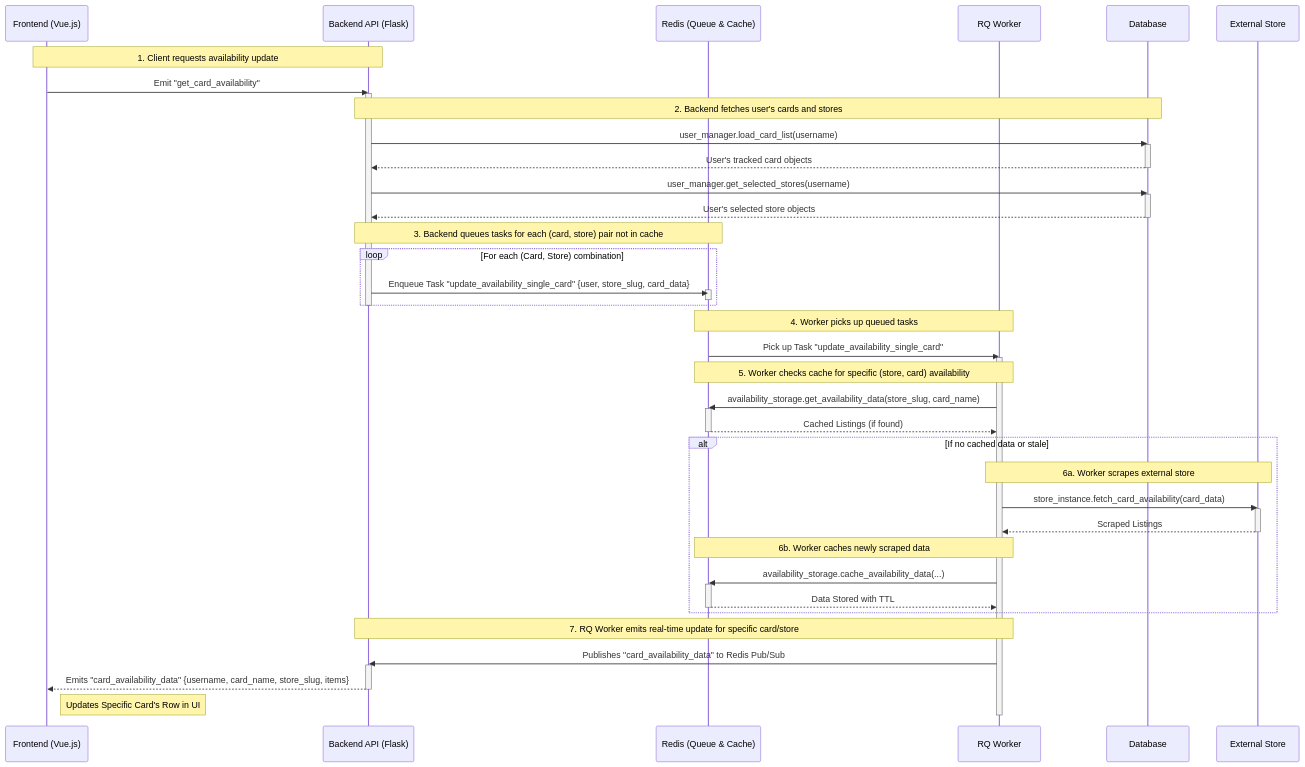
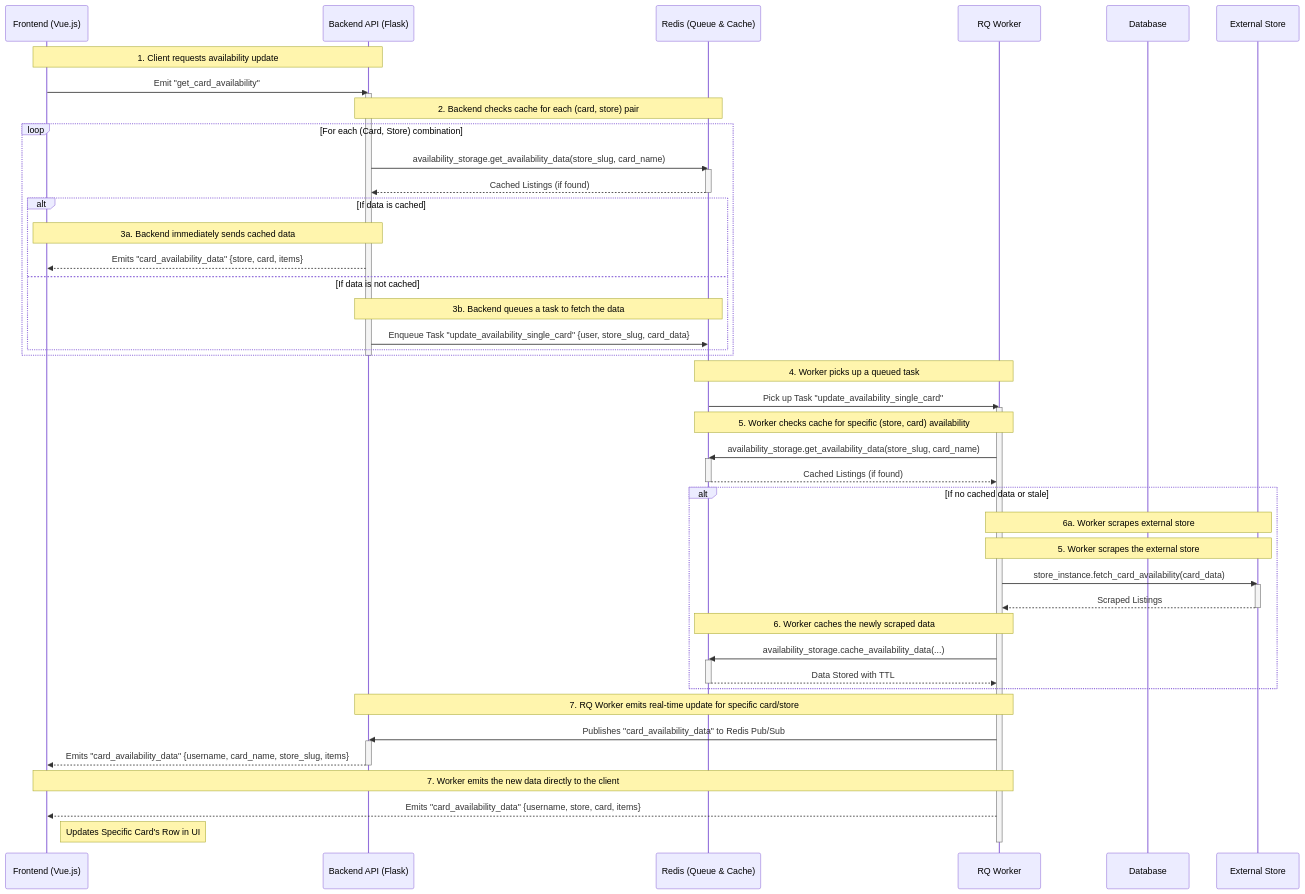
The fourth of 9 diagrams in docs/docs.md (smileyface/LGS-Stock-Checker), drawn with Mermaid before and after one commit. The commit also changed other lines of this file and 37 other files, not shown here.

First line of the commit message:
[Feature]: Architecture cleanup (#16)

````diff
--- a/docs/docs.md
+++ b/docs/docs.md
@@ -96,61 +131,66 @@
 ```mermaid
 sequenceDiagram
     participant Client as Frontend (Vue.js)
     participant Backend as Backend API (Flask)
     participant Redis as Redis (Queue & Cache)
     participant Worker as RQ Worker
     participant DB as Database
     participant ExternalStore as External Store
-
+    
     Note over Client, Backend: 1. Client requests availability update
     Client->>Backend: Emit "get_card_availability"
     activate Backend
-
-    Note over Backend, DB: 2. Backend fetches user's cards and stores
-    Backend->>DB: user_manager.load_card_list(username)
-    activate DB
-    DB-->>Backend: User's tracked card objects
-    deactivate DB
-    Backend->>DB: user_manager.get_selected_stores(username)
-    activate DB
-    DB-->>Backend: User's selected store objects
-    deactivate DB
-
-    Note over Backend, Redis: 3. Backend queues tasks for each (card, store) pair not in cache
+    
+    Note over Backend, Redis: 2. Backend checks cache for each (card, store) pair
     loop For each (Card, Store) combination
-        Backend->>Redis: Enqueue Task "update_availability_single_card" {user, store_slug, card_data}
+        Backend->>Redis: availability_storage.get_availability_data(store_slug, card_name)
         activate Redis
+        Redis-->>Backend: Cached Listings (if found)
         deactivate Redis
+        
+        alt If data is cached
+            Note over Backend, Client: 3a. Backend immediately sends cached data
+            Backend-->>Client: Emits "card_availability_data" {store, card, items}
+        else If data is not cached
+            Note over Backend, Redis: 3b. Backend queues a task to fetch the data
+            Backend->>Redis: Enqueue Task "update_availability_single_card" {user, store_slug, card_data}
+        end
     end
     deactivate Backend
-
-    Note over Redis, Worker: 4. Worker picks up queued tasks
+    
+    Note over Redis, Worker: 4. Worker picks up a queued task
     Redis->>Worker: Pick up Task "update_availability_single_card"
     activate Worker
     Note over Worker, Redis: 5. Worker checks cache for specific (store, card) availability
     Worker->>Redis: availability_storage.get_availability_data(store_slug, card_name)
     activate Redis
     Redis-->>Worker: Cached Listings (if found)
     deactivate Redis
 
     alt If no cached data or stale
         Note over Worker, ExternalStore: 6a. Worker scrapes external store
+    
+    Note over Worker, ExternalStore: 5. Worker scrapes the external store
         Worker->>ExternalStore: store_instance.fetch_card_availability(card_data)
         activate ExternalStore
         ExternalStore-->>Worker: Scraped Listings
         deactivate ExternalStore
-        Note over Worker, Redis: 6b. Worker caches newly scraped data
+    
+    Note over Worker, Redis: 6. Worker caches the newly scraped data
         Worker->>Redis: availability_storage.cache_availability_data(...)
         activate Redis
         Redis-->>Worker: Data Stored with TTL
         deactivate Redis
     end
     Note over Worker, Backend: 7. RQ Worker emits real-time update for specific card/store
     Worker->>Backend: Publishes "card_availability_data" to Redis Pub/Sub
     activate Backend
     Backend-->>Client: Emits "card_availability_data" {username, card_name, store_slug, items}
     deactivate Backend
+    
+    Note over Worker, Client: 7. Worker emits the new data directly to the client
+    Worker-->>Client: Emits "card_availability_data" {username, store, card, items}
     Note right of Client: Updates Specific Card's Row in UI
 
     deactivate Worker
 ```
````
